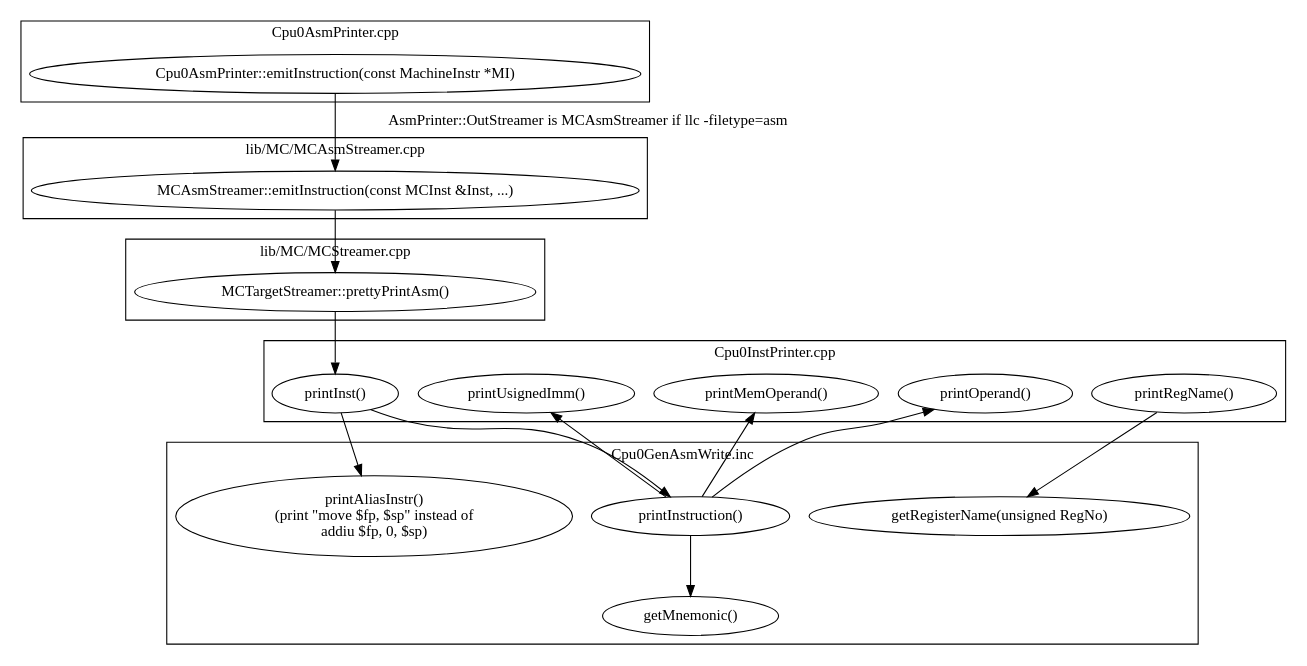
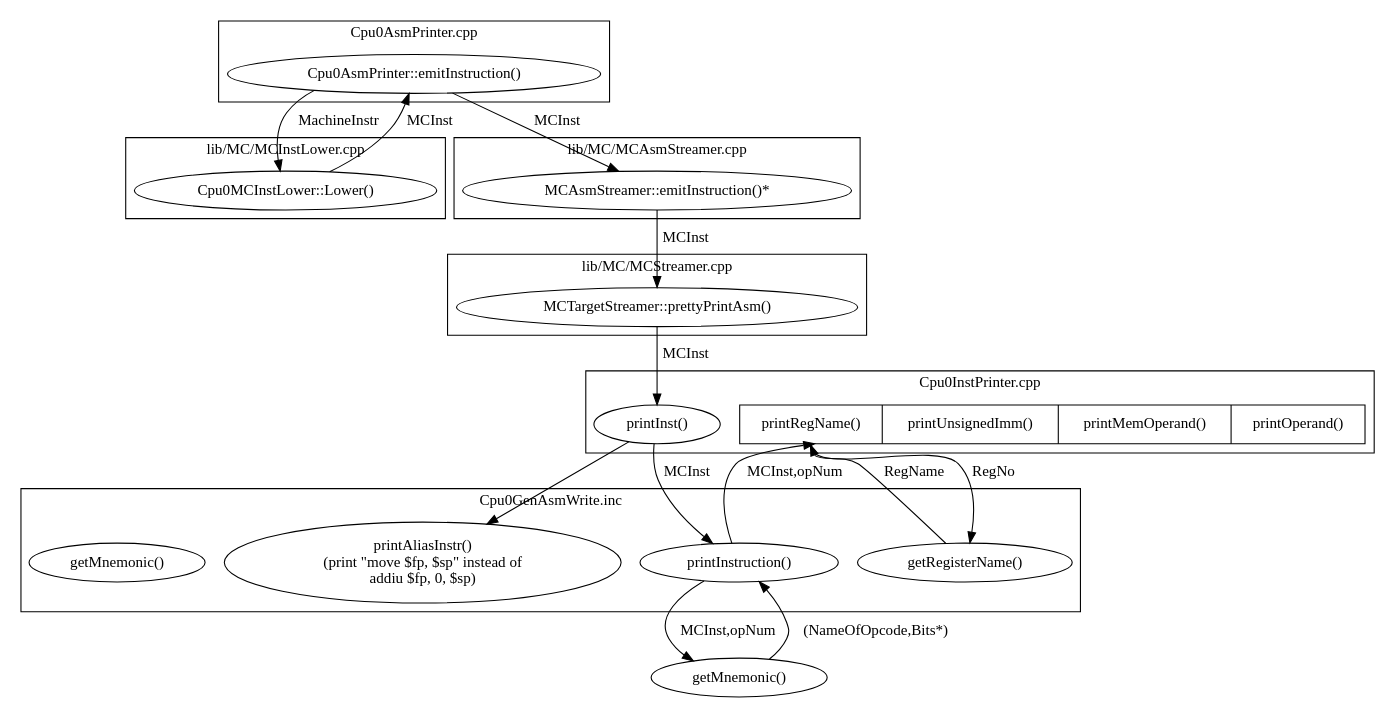
The diagram in Fig/backendstructure/printAsm.gv (Jonathan2251/lbd), drawn with Graphviz before and after one commit. The commit also changed 31 other files, not shown here.

```diff
--- a/Fig/backendstructure/printAsm.gv
+++ b/Fig/backendstructure/printAsm.gv
@@ -1,39 +1,44 @@
 digraph G {
   rankdir=TB;
-  E1 -> E2 [label="AsmPrinter::OutStreamer is MCAsmStreamer if llc -filetype=asm"];
-  E2 -> "MCTargetStreamer::prettyPrintAsm()" -> "printInst()" -> "printInstruction()";
-  "printInstruction()" -> "getMnemonic()";
-  "printInstruction()" -> "printUsignedImm()";
-  "printInstruction()" -> "printMemOperand()";
-  "printInstruction()" -> "printOperand()";
-  "printRegName()" -> "getRegisterName(unsigned RegNo)";
+  E1 -> E2 [label="MachineInstr"];
+  E2 -> E1 [label="MCInst"];
+  E1 -> E3 [label="MCInst"];
+  E3 -> "MCTargetStreamer::prettyPrintAsm()" [label="MCInst"];
+  "MCTargetStreamer::prettyPrintAsm()" -> "printInst()" [label="MCInst"];
+  "printInst()" -> "printInstruction()" [label="MCInst"];
+  "printInstruction()" -> "getMnemonic()" [label="MCInst,opNum"];
+  "getMnemonic()" -> "printInstruction()" [label="(NameOfOpcode,Bits*)"];
+  "printInstruction()" -> POP [label="MCInst,opNum"];
+  POP:P1 -> "getRegisterName()" [label="RegNo"];
+  "getRegisterName()" -> POP:P1 [label="RegName"];
   "printInst()" -> "printAliasInstr()";
   subgraph clusterCpu0Asm {
     label = "Cpu0AsmPrinter.cpp";
-    E1 [label="Cpu0AsmPrinter::emitInstruction(const MachineInstr *MI)"];
+    E1 [label="Cpu0AsmPrinter::emitInstruction()"];
+  }
+  subgraph clusterMCInstLower {
+    label = "lib/MC/MCInstLower.cpp";
+    E2 [label="Cpu0MCInstLower::Lower()"];
   }
   subgraph clusterMCAsm {
     label = "lib/MC/MCAsmStreamer.cpp";
-    E2 [label="MCAsmStreamer::emitInstruction(const MCInst &Inst, ...)"];
+    E3 [label="MCAsmStreamer::emitInstruction()*"];
   }
   subgraph clusterMC {
     label = "lib/MC/MCStreamer.cpp";
     "MCTargetStreamer::prettyPrintAsm()";
   }
   subgraph clusterInc {
     label = "Cpu0GenAsmWrite.inc";
-    "getMnemonic()";
+    getMnemonic [label="getMnemonic()"];
     "printInstruction()";
-    "getRegisterName(unsigned RegNo)";
+    "getRegisterName()";
     "printAliasInstr()" [label="printAliasInstr()\n (print \"move $fp, $sp\" instead of \n addiu $fp, 0, $sp)\n"];
   }
   subgraph clusterCpu0InstPrinter {
     label = "Cpu0InstPrinter.cpp";
-    "printRegName()";
     "printInst()";
-    "printUsignedImm()";
-    "printMemOperand()";
-    "printOperand()";
+    POP [label="<P1> printRegName() | printUnsignedImm() | printMemOperand() | printOperand()", shape=record];
   }
 //  label = "Figure: The flow of printing assembly and calling between Cpu0InstPrinter.cpp and Cpu0GenAsmWrite.inc";
 }
```
